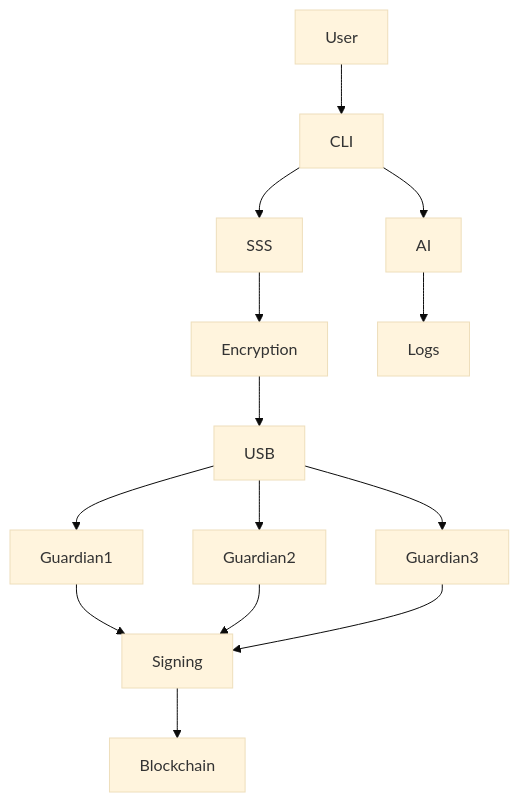
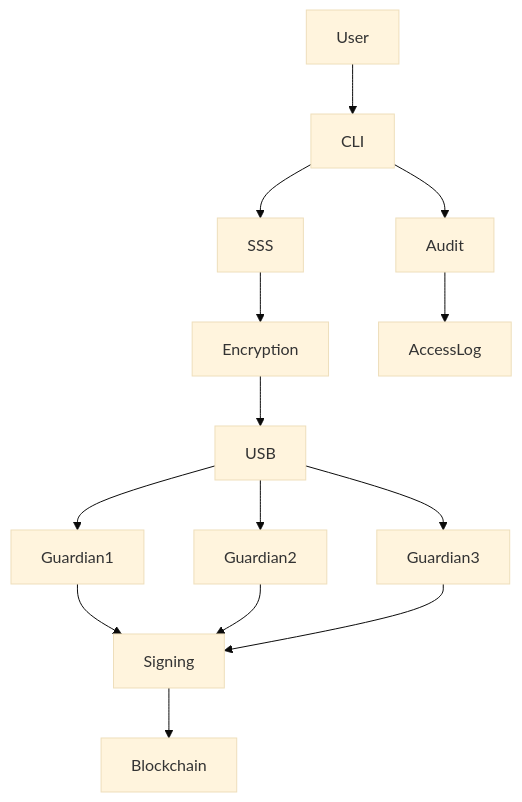
The first of 15 diagrams in Architecture.md (rishi-xyz/horcrux), drawn with Mermaid (base theme) before and after one commit. The commit also changed other lines of this file and 12 other files, not shown here.

````diff
--- a/Architecture.md
+++ b/Architecture.md
@@ -128,25 +124,25 @@
 ```mermaid
 flowchart TD
 
 User --> CLI
 
 CLI --> SSS
 
 SSS --> Encryption
 
 Encryption --> USB
 
 USB --> Guardian1
 USB --> Guardian2
 USB --> Guardian3
 
 Guardian1 --> Signing
 Guardian2 --> Signing
 Guardian3 --> Signing
 
 Signing --> Blockchain
 
-CLI --> AI
+CLI --> Audit
 
-AI --> Logs
+Audit --> AccessLog
 ```
````
